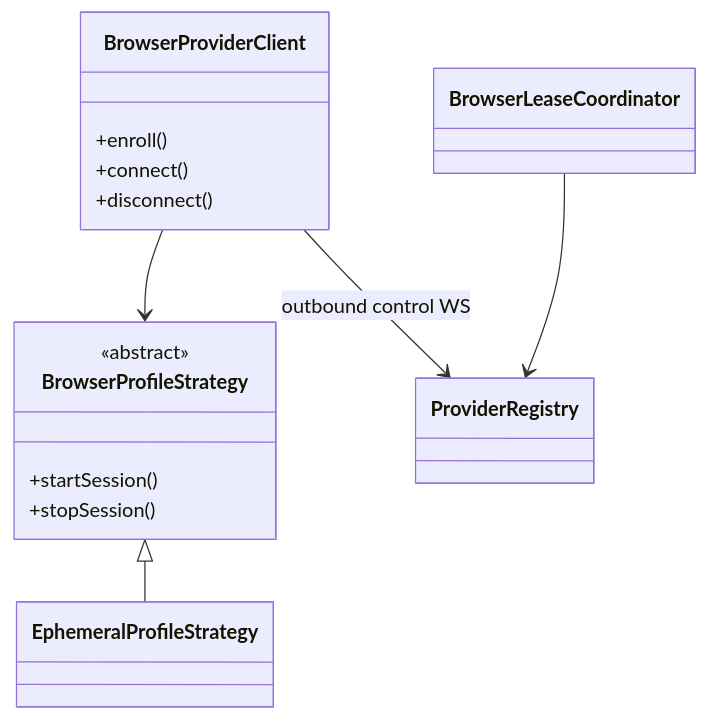
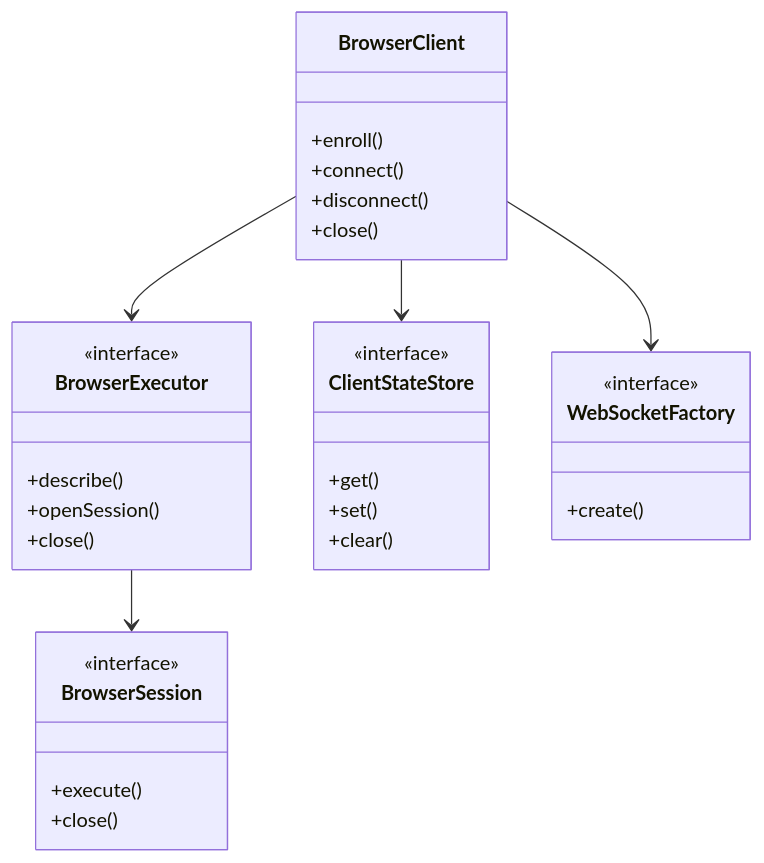
One commit to luberserker0v0/comic-crawler changed the third of 5 diagrams in docs/development/SDD.md. Above: the diagram before and after it, drawn with Mermaid. The commit also changed other lines of this file and 163 other files, not shown here.

Commit message:
feat: replace browser provider with browser client framework

````diff
--- a/docs/development/SDD.md
+++ b/docs/development/SDD.md
@@ -105,21 +80,35 @@
 ```mermaid
 classDiagram
-  class BrowserProviderClient {
+  class BrowserClient {
     +enroll()
     +connect()
     +disconnect()
+    +close()
   }
-  class BrowserProfileStrategy {
-    <<abstract>>
-    +startSession()
-    +stopSession()
+  class BrowserExecutor {
+    <<interface>>
+    +describe()
+    +openSession()
+    +close()
   }
-  class EphemeralProfileStrategy
-  class ProviderRegistry
-  class BrowserLeaseCoordinator
+  class BrowserSession {
+    <<interface>>
+    +execute()
+    +close()
+  }
+  class ClientStateStore {
+    <<interface>>
+    +get()
+    +set()
+    +clear()
+  }
+  class WebSocketFactory {
+    <<interface>>
+    +create()
+  }
 
-  BrowserProviderClient --> BrowserProfileStrategy
-  BrowserProfileStrategy <|-- EphemeralProfileStrategy
-  BrowserProviderClient --> ProviderRegistry : outbound control WS
-  BrowserLeaseCoordinator --> ProviderRegistry
+  BrowserClient --> BrowserExecutor
+  BrowserClient --> ClientStateStore
+  BrowserClient --> WebSocketFactory
+  BrowserExecutor --> BrowserSession
 ```
````
